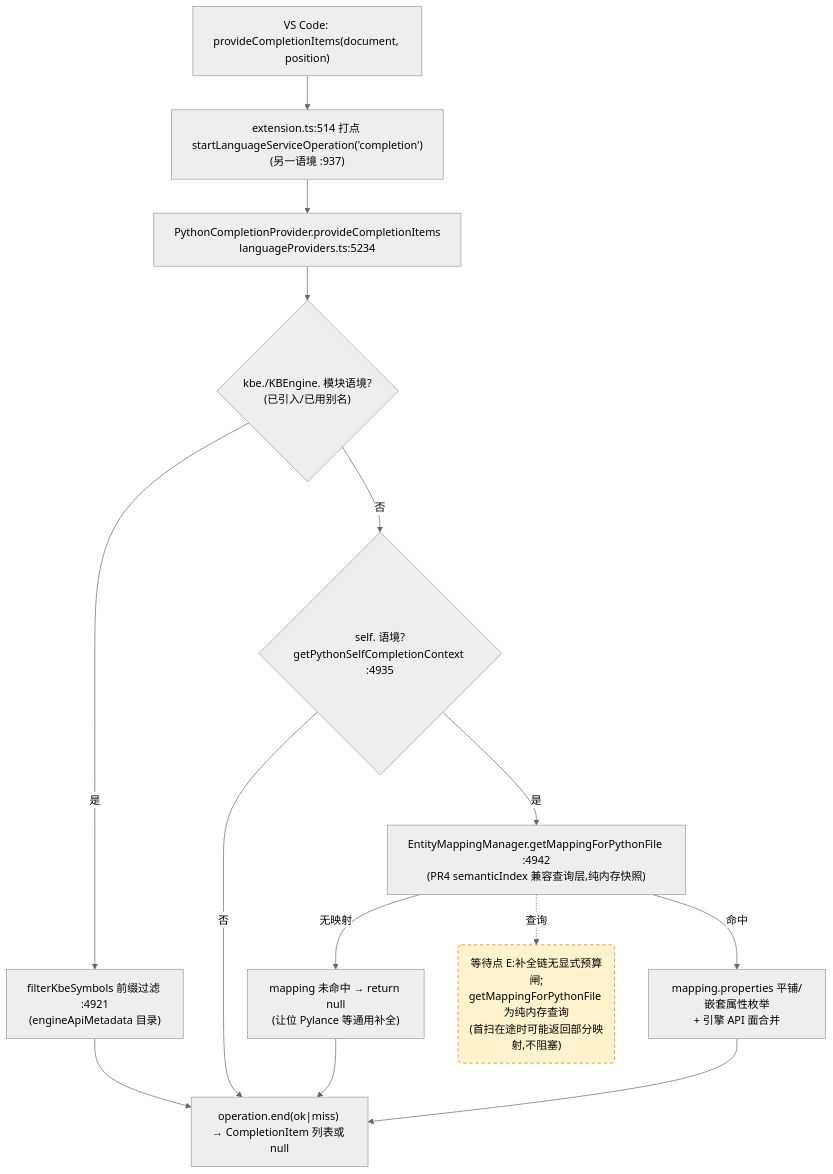
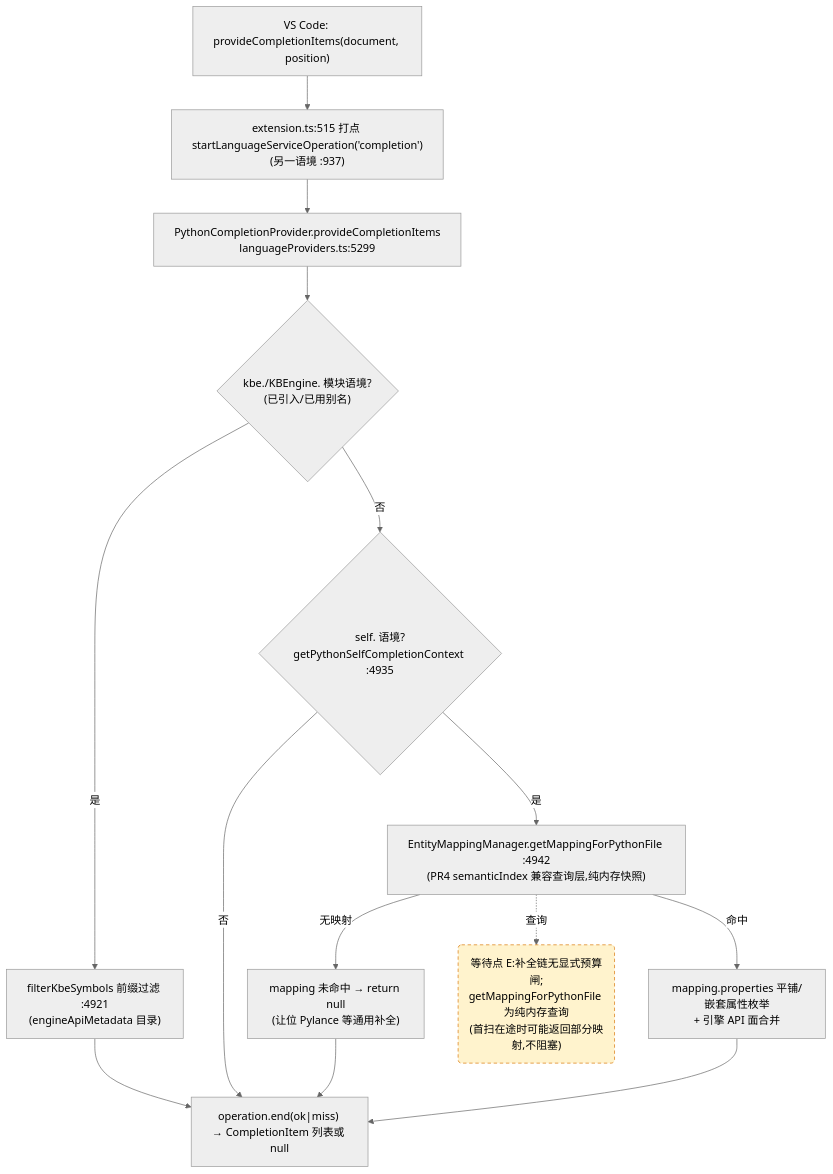
One commit to cuihairu/kode changed the third of 4 diagrams in docs/perf/2026-baseline.md. Above: the diagram before and after it, drawn with Mermaid (neutral theme). The commit also changed other lines of this file and 9 other files, not shown here.

````diff
--- a/docs/perf/2026-baseline.md
+++ b/docs/perf/2026-baseline.md
@@ -184,27 +184,27 @@
 ```mermaid
 flowchart TD
   VC3["VS Code: provideCompletionItems(document, position)"]
-  M3["extension.ts:514 打点 startLanguageServiceOperation('completion')<br/>(另一语境 :937)"]
-  CP["PythonCompletionProvider.provideCompletionItems<br/>languageProviders.ts:5234"]
+  M3["extension.ts:515 打点 startLanguageServiceOperation('completion')<br/>(另一语境 :937)"]
+  CP["PythonCompletionProvider.provideCompletionItems<br/>languageProviders.ts:5299"]
   KBEC{"kbe./KBEngine. 模块语境?<br/>(已引入/已用别名)"}
   FILTER["filterKbeSymbols 前缀过滤 :4921<br/>(engineApiMetadata 目录)"]
   SELFC{"self. 语境?<br/>getPythonSelfCompletionContext :4935"}
   MAP["EntityMappingManager.getMappingForPythonFile :4942<br/>(PR4 semanticIndex 兼容查询层,纯内存快照)"]
   NOMAP["mapping 未命中 → return null<br/>(让位 Pylance 等通用补全)"]
   PROPS["mapping.properties 平铺/嵌套属性枚举<br/>+ 引擎 API 面合并"]
   END3["operation.end(ok|miss) → CompletionItem 列表或 null"]
 
   VC3 --> M3 --> CP --> KBEC
   KBEC -- "是" --> FILTER --> END3
   KBEC -- "否" --> SELFC
   SELFC -- "否" --> END3
   SELFC -- "是" --> MAP
   MAP -- "无映射" --> NOMAP --> END3
   MAP -- "命中" --> PROPS --> END3
 
   WAITE("等待点 E:补全链无显式预算闸;<br/>getMappingForPythonFile 为纯内存查询<br/>(首扫在途时可能返回部分映射,不阻塞)")
   MAP -.->|查询| WAITE
 
   classDef waitPoint fill:#fff3cd,stroke:#d97706,stroke-dasharray:5 4;
   class WAITE waitPoint;
 ```
````
